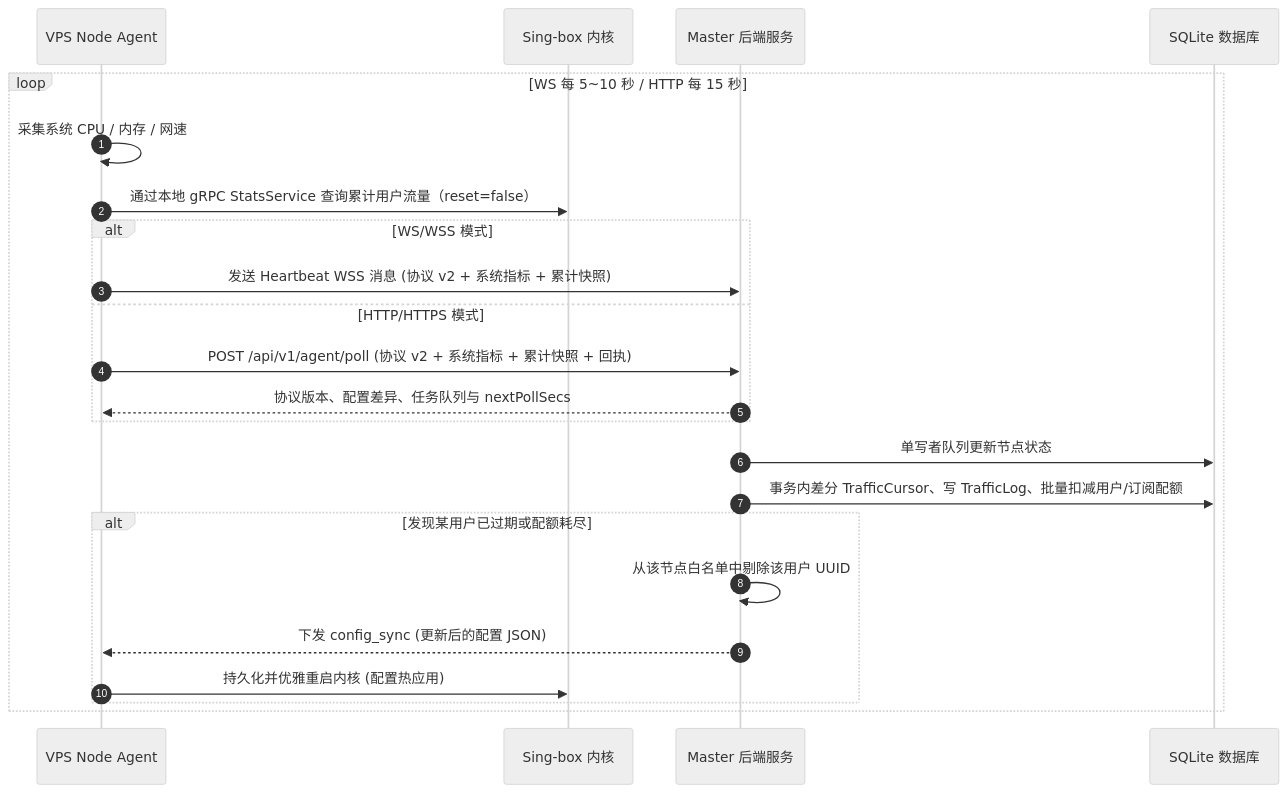
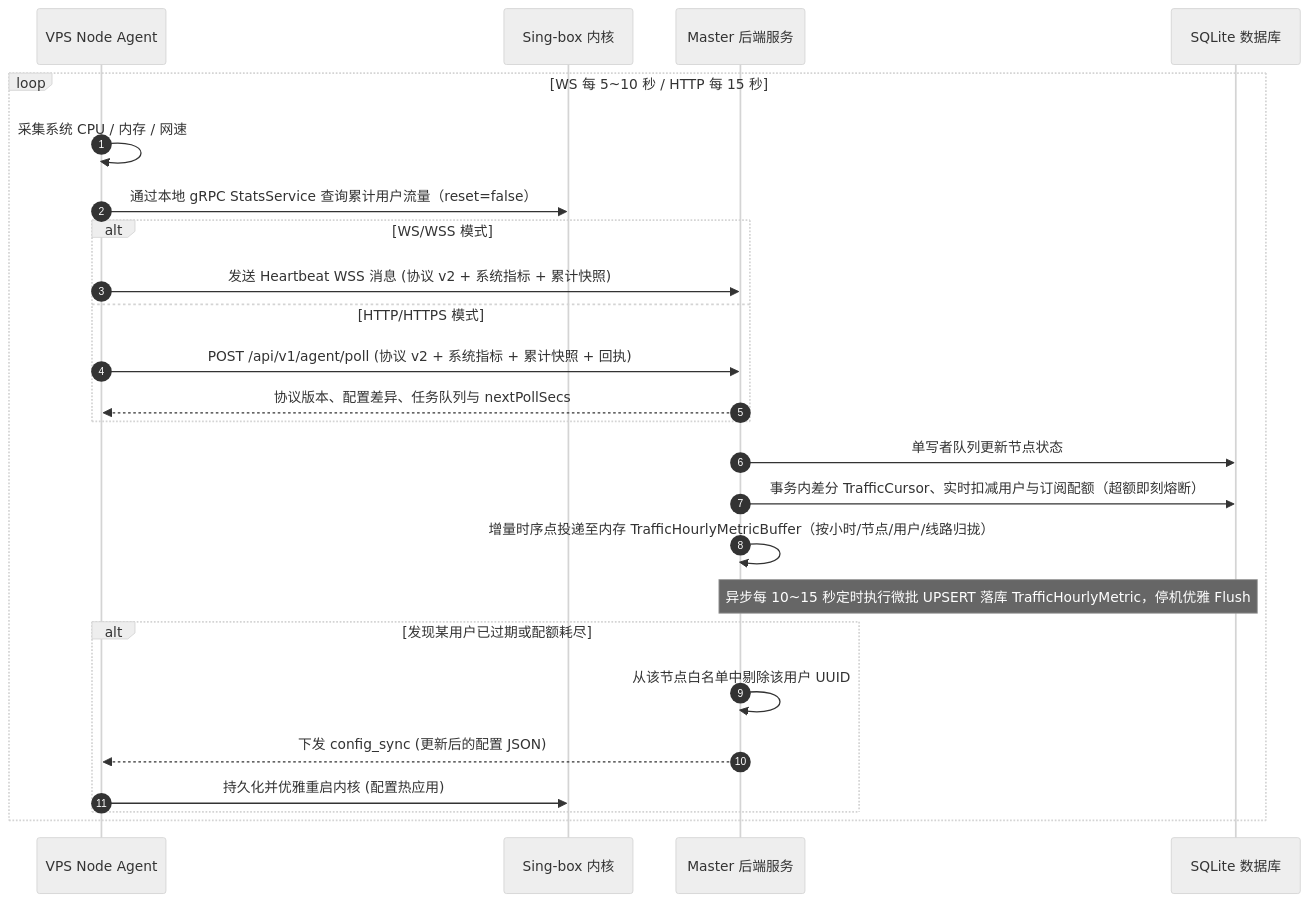
The third of 6 diagrams in docs/ARCHITECTURE.md (Nanako660/riricloud), drawn with Mermaid (neutral theme) before and after one commit. The commit also changed other lines of this file and 54 other files, not shown here.

````diff
--- a/docs/ARCHITECTURE.md
+++ b/docs/ARCHITECTURE.md
@@ -147,27 +149,29 @@
 ```mermaid
 sequenceDiagram
     autonumber
     participant Agent as VPS Node Agent
     participant Singbox as Sing-box 内核
     participant Master as Master 后端服务
     participant DB as SQLite 数据库
 
     loop WS 每 5~10 秒 / HTTP 每 15 秒
         Agent->>Agent: 采集系统 CPU / 内存 / 网速
         Agent->>Singbox: 通过本地 gRPC StatsService 查询累计用户流量（reset=false）
         alt WS/WSS 模式
             Agent->>Master: 发送 Heartbeat WSS 消息 (协议 v2 + 系统指标 + 累计快照)
         else HTTP/HTTPS 模式
             Agent->>Master: POST /api/v1/agent/poll (协议 v2 + 系统指标 + 累计快照 + 回执)
             Master-->>Agent: 协议版本、配置差异、任务队列与 nextPollSecs
         end
         Master->>DB: 单写者队列更新节点状态
-        Master->>DB: 事务内差分 TrafficCursor、写 TrafficLog、批量扣减用户/订阅配额
+        Master->>DB: 事务内差分 TrafficCursor、实时扣减用户与订阅配额（超额即刻熔断）
+        Master->>Master: 增量时序点投递至内存 TrafficHourlyMetricBuffer（按小时/节点/用户/线路归拢）
+        Note over Master,DB: 异步每 10~15 秒定时执行微批 UPSERT 落库 TrafficHourlyMetric，停机优雅 Flush
         
         alt 发现某用户已过期或配额耗尽
             Master->>Master: 从该节点白名单中剔除该用户 UUID
             Master-->>Agent: 下发 config_sync (更新后的配置 JSON)
             Agent->>Singbox: 持久化并优雅重启内核 (配置热应用)
         end
     end
 ```
````
